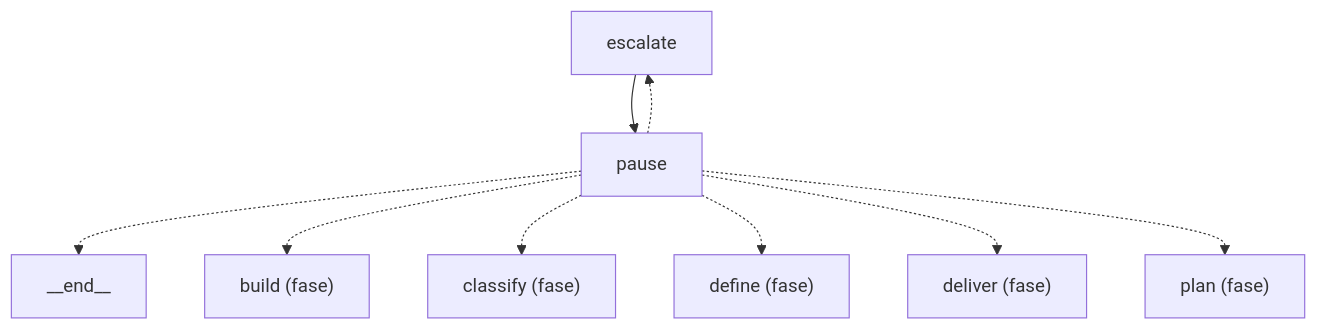
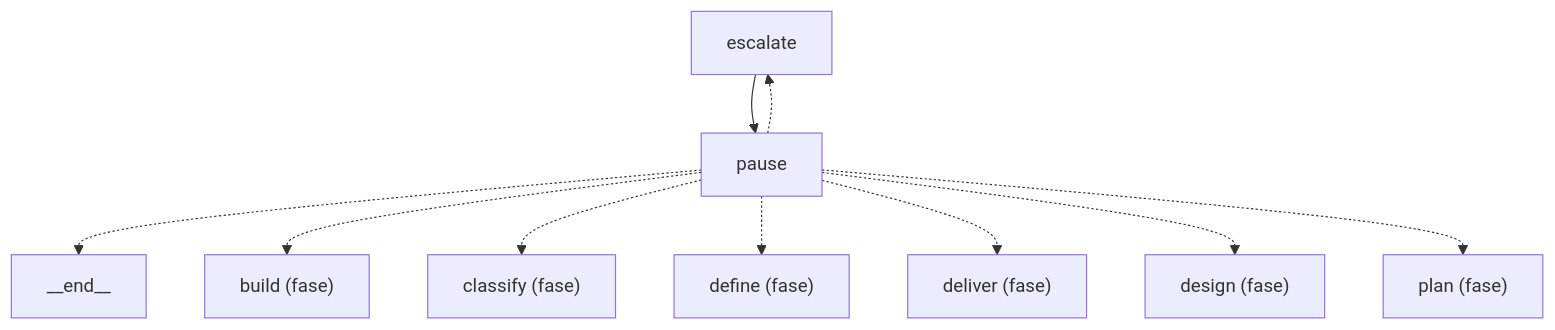
Before and after one commit to GonzaloZevallos/agentic-system: the diagram in docs/architecture/generated/role-graph-escalation.md, drawn with Mermaid. The commit also changed other lines of this file and 13 other files, not shown here.

Commit message:
Add the define and diagnose edges the promotion routing needs to the graph, test a mid-run promotion, and split the role-graph pages to fit the budget

````diff
--- a/docs/architecture/generated/role-graph-escalation.md
+++ b/docs/architecture/generated/role-graph-escalation.md
@@ -13,19 +13,21 @@
 ```mermaid
 graph TD
     __end__["__end__"]
     escalate["escalate"]
     pause["pause"]
     phase_build["build (fase)"]
     phase_classify["classify (fase)"]
     phase_define["define (fase)"]
     phase_deliver["deliver (fase)"]
+    phase_design["design (fase)"]
     phase_plan["plan (fase)"]
     escalate --> pause
     pause -.-> __end__
     pause -.-> escalate
     pause -.-> phase_build
     pause -.-> phase_classify
     pause -.-> phase_define
     pause -.-> phase_deliver
+    pause -.-> phase_design
     pause -.-> phase_plan
 ```
````
